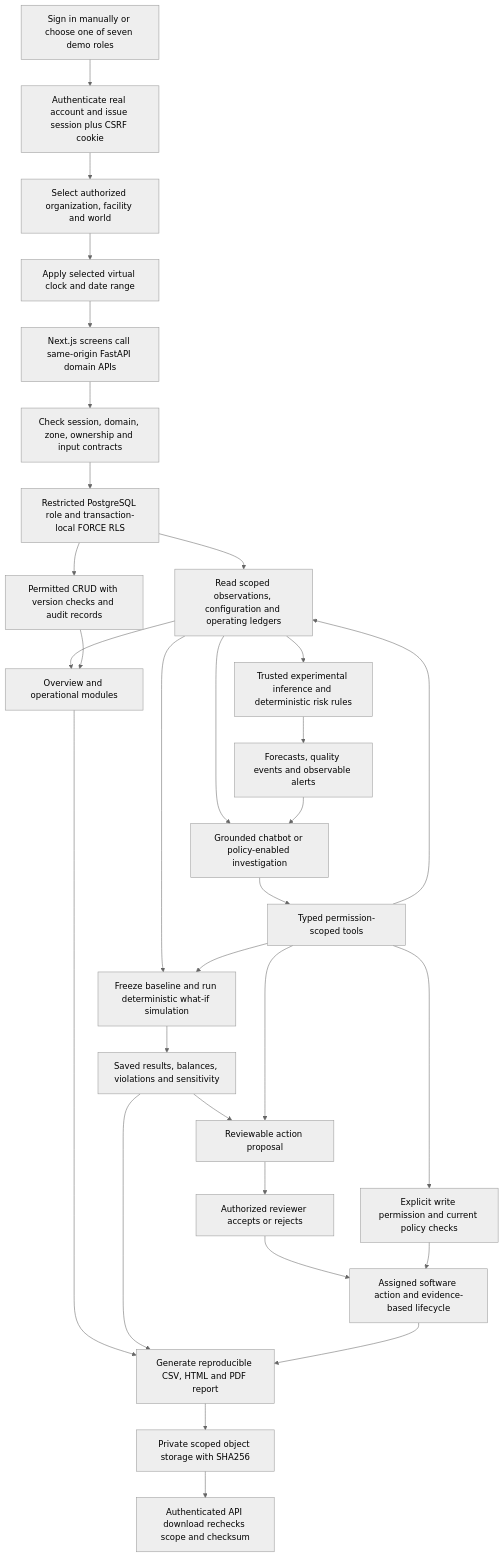
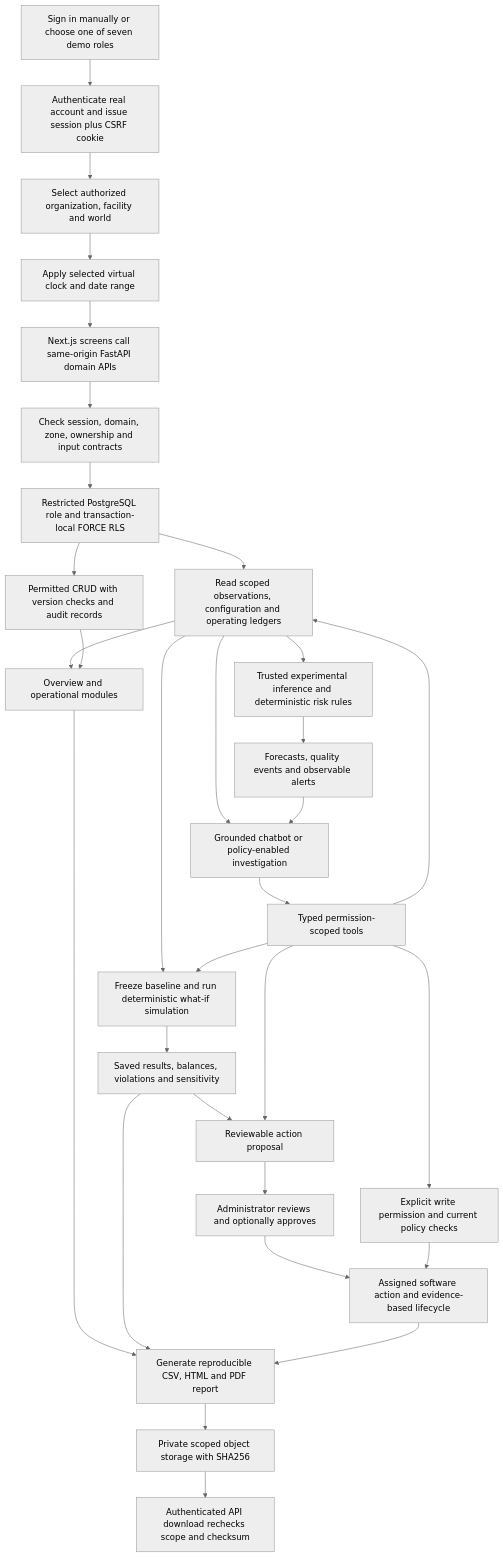
The second of 12 diagrams in docs/workflow.md (hk4crprasad/LASTBPUT), drawn with Mermaid (neutral theme) before and after one commit. The commit also changed other lines of this file and 14 other files, not shown here.

````diff
--- a/docs/workflow.md
+++ b/docs/workflow.md
@@ -42,33 +44,33 @@
 ```mermaid
 flowchart TD
     Login["Sign in manually or choose one of seven demo roles"] --> Auth["Authenticate real account and issue session plus CSRF cookie"]
     Auth --> Scope["Select authorized organization, facility and world"]
     Scope --> Clock["Apply selected virtual clock and date range"]
     Clock --> API["Next.js screens call same-origin FastAPI domain APIs"]
     API --> Guard["Check session, domain, zone, ownership and input contracts"]
     Guard --> RLS["Restricted PostgreSQL role and transaction-local FORCE RLS"]
     RLS --> Read["Read scoped observations, configuration and operating ledgers"]
     RLS --> Write["Permitted CRUD with version checks and audit records"]
     Read --> Pages["Overview and operational modules"]
     Write --> Pages
     Read --> ML["Trusted experimental inference and deterministic risk rules"]
     Read --> Sim["Freeze baseline and run deterministic what-if simulation"]
     Read --> Chat["Grounded chatbot or policy-enabled investigation"]
     ML --> Risks["Forecasts, quality events and observable alerts"]
     Risks --> Chat
     Chat --> Tools["Typed permission-scoped tools"]
     Tools --> Read
     Tools --> Sim
     Sim --> Results["Saved results, balances, violations and sensitivity"]
     Results --> Proposal["Reviewable action proposal"]
     Tools --> Proposal
-    Proposal --> Review["Authorized reviewer accepts or rejects"]
+    Proposal --> Review["Administrator reviews and optionally approves"]
     Review --> Action["Assigned software action and evidence-based lifecycle"]
     Tools --> Policy["Explicit write permission and current policy checks"]
     Policy --> Action
     Pages --> Report["Generate reproducible CSV, HTML and PDF report"]
     Results --> Report
     Action --> Report
     Report --> Blob["Private scoped object storage with SHA256"]
     Blob --> Download["Authenticated API download rechecks scope and checksum"]
 ```
````
